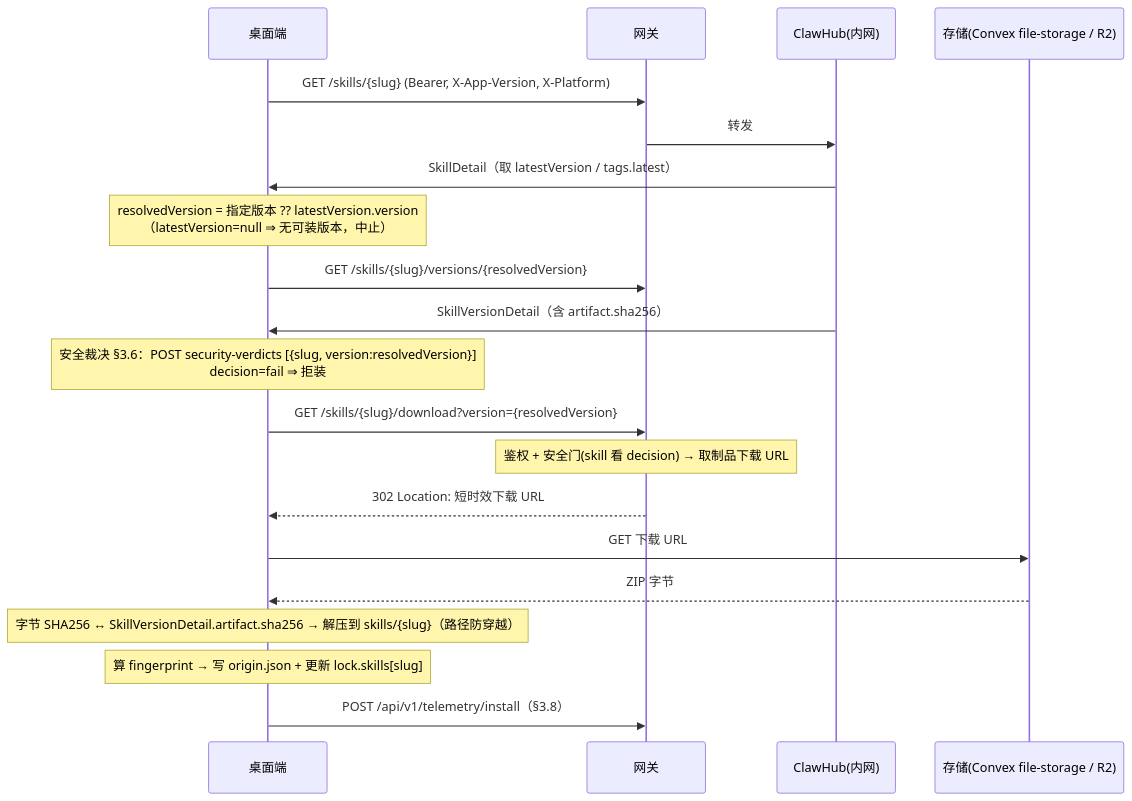
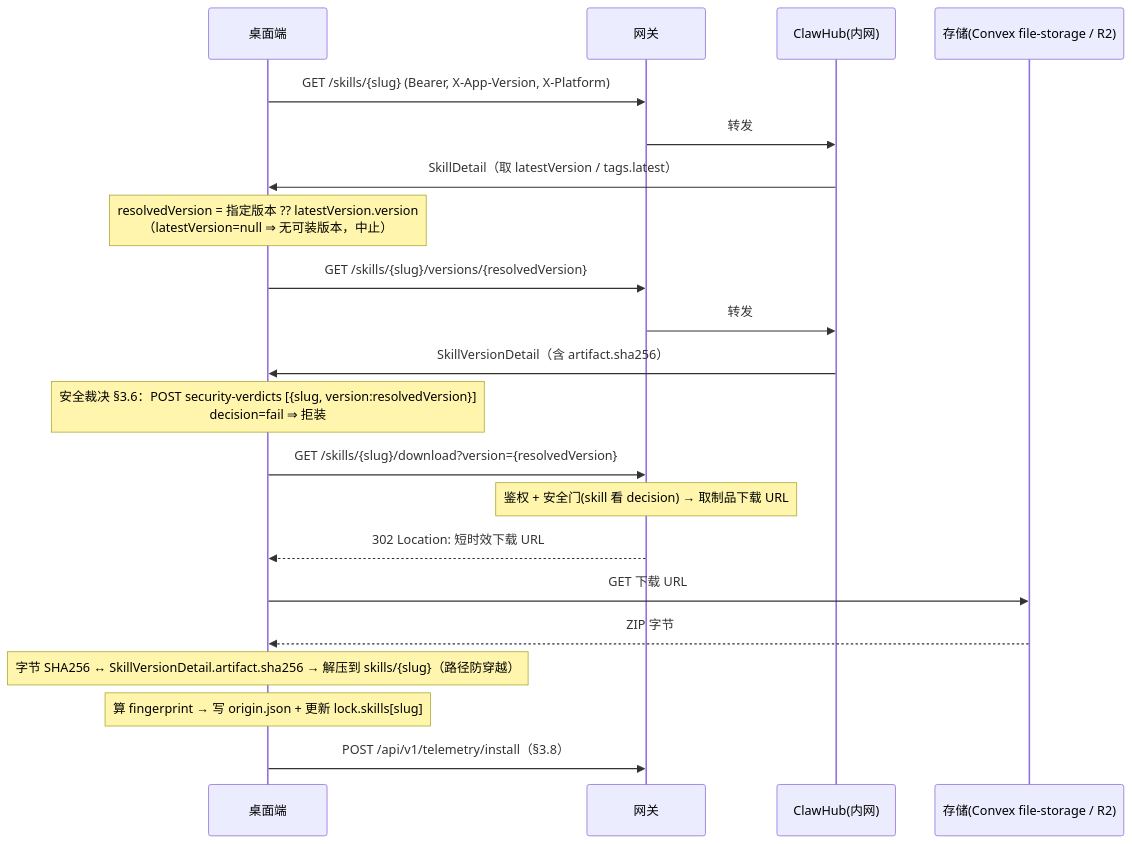
The diagram in docs/flows/skill-plugin-lifecycle.md (pysinsjz/vulture-gateway), drawn with Mermaid before and after one commit. The commit also changed other lines of this file, not shown here.

````diff
--- a/docs/flows/skill-plugin-lifecycle.md
+++ b/docs/flows/skill-plugin-lifecycle.md
@@ -302,23 +302,24 @@
 ```mermaid
 sequenceDiagram
     participant D as 桌面端
     participant G as 网关
     participant R as ClawHub(内网)
     participant S as 存储(Convex file-storage / R2)
 
     D->>G: GET /skills/{slug} (Bearer, X-App-Version, X-Platform)
     G->>R: 转发
     R->>D: SkillDetail（取 latestVersion / tags.latest）
     Note over D: resolvedVersion = 指定版本 ?? latestVersion.version<br/>（latestVersion=null ⇒ 无可装版本，中止）
     D->>G: GET /skills/{slug}/versions/{resolvedVersion}
+    G->>R: 转发
     R->>D: SkillVersionDetail（含 artifact.sha256）
     Note over D: 安全裁决 §3.6：POST security-verdicts [{slug, version:resolvedVersion}]<br/>decision=fail ⇒ 拒装
     D->>G: GET /skills/{slug}/download?version={resolvedVersion}
     Note over G: 鉴权 + 安全门(skill 看 decision) → 取制品下载 URL
     G-->>D: 302 Location: 短时效下载 URL
     D->>S: GET 下载 URL
     S-->>D: ZIP 字节
     Note over D: 字节 SHA256 ↔ SkillVersionDetail.artifact.sha256 → 解压到 skills/{slug}（路径防穿越）
     Note over D: 算 fingerprint → 写 origin.json + 更新 lock.skills[slug]
     D->>G: POST /api/v1/telemetry/install（§3.8）
 ```
````
